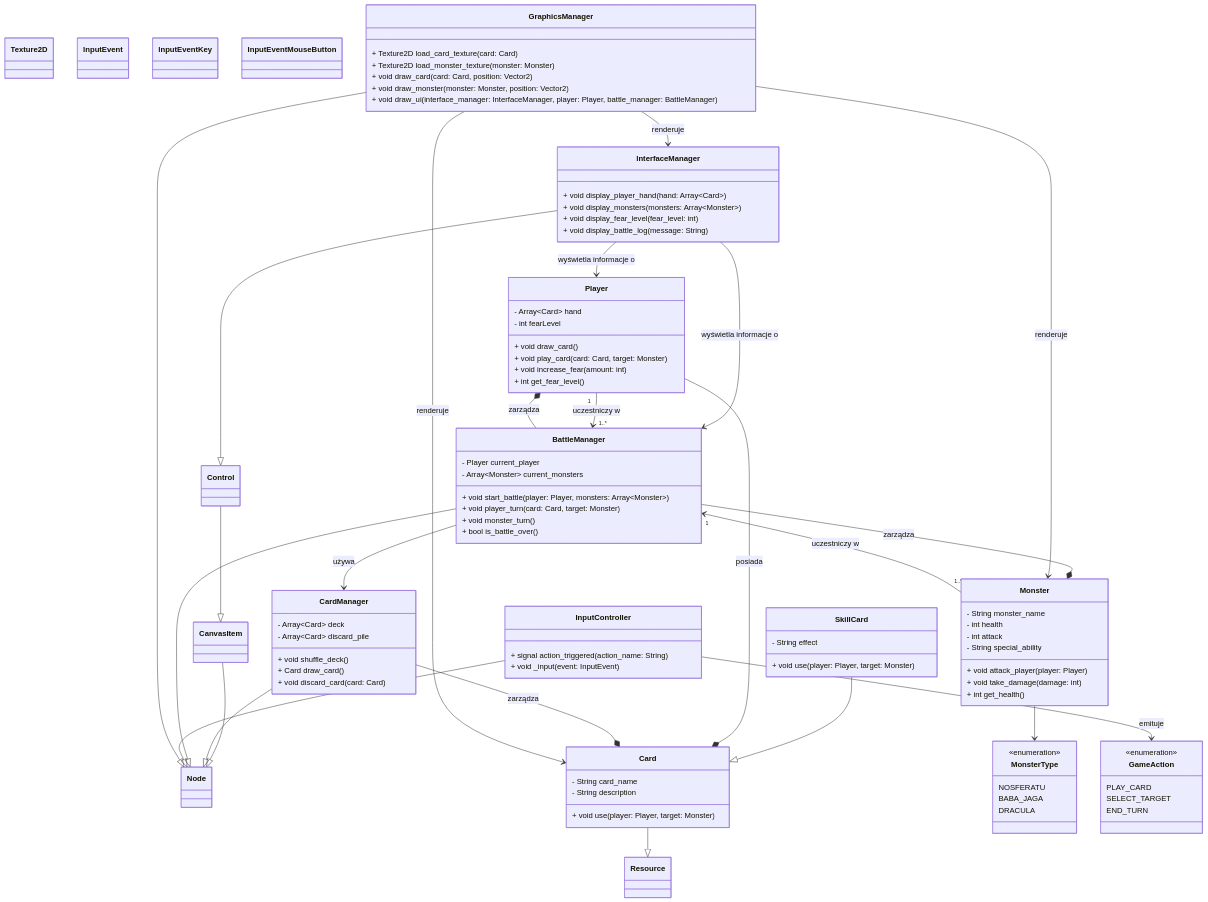
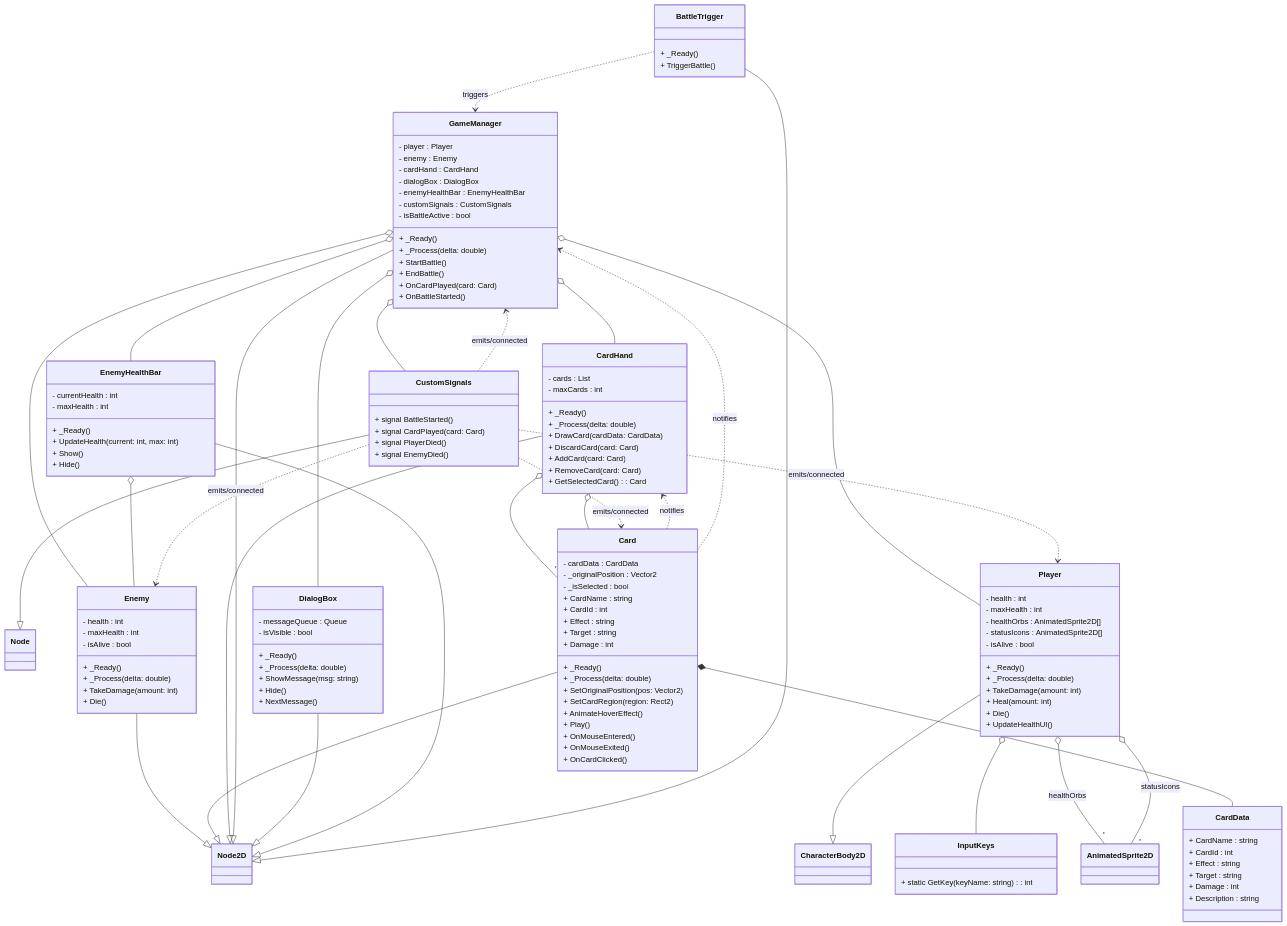
The diagram in README.md (patczyzewski/karciana-gra-rpg), drawn with Mermaid before and after one commit. The commit also changed other lines of this file, not shown here.

Commit message:
Update README.md
Aktualizacja Diagramu UML
Dodanie wątku Paradygmatu Obiektowego

````diff
--- a/README.md
+++ b/README.md
@@ -61,119 +113,175 @@
 ```mermaid
 classDiagram
-%% --- Bazowe klasy Godot ---
-class Node
-class CanvasItem
-CanvasItem --|> Node
-class Control
-Control --|> CanvasItem
-class Texture2D
-class InputEvent
-class InputEventKey
-class InputEventMouseButton
-class Resource
+    %% Godot base classes for context
+    class Node2D
+    class Node
+    class CharacterBody2D
 
-%% --- Komponenty gry ---
-class Player {
-  - Array~Card~ hand
-  - int fearLevel
-  + void draw_card()
-  + void play_card(card: Card, target: Monster)
-  + void increase_fear(amount: int)
-  + int get_fear_level()
-}
+    %% GameManager
+    class GameManager {
+        - player : Player
+        - enemy : Enemy
+        - cardHand : CardHand
+        - dialogBox : DialogBox
+        - enemyHealthBar : EnemyHealthBar
+        - customSignals : CustomSignals
+        - isBattleActive : bool
+        + _Ready()
+        + _Process(delta: double)
+        + StartBattle()
+        + EndBattle()
+        + OnCardPlayed(card: Card)
+        + OnBattleStarted()
+    }
 
-class Card {
-  - String card_name
-  - String description
-  + void use(player: Player, target: Monster)
-}
-Card --|> Resource
+    %% Player
+    class Player {
+        - health : int
+        - maxHealth : int
+        - healthOrbs : AnimatedSprite2D[]
+        - statusIcons : AnimatedSprite2D[]
+        - isAlive : bool
+        + _Ready()
+        + _Process(delta: double)
+        + TakeDamage(amount: int)
+        + Heal(amount: int)
+        + Die()
+        + UpdateHealthUI()
+    }
 
-class SkillCard {
-  - String effect
-  + void use(player: Player, target: Monster)
-}
-SkillCard --|> Card
+    %% Enemy
+    class Enemy {
+        - health : int
+        - maxHealth : int
+        - isAlive : bool
+        + _Ready()
+        + _Process(delta: double)
+        + TakeDamage(amount: int)
+        + Die()
+    }
 
-class Monster {
-  - String monster_name
-  - int health
-  - int attack
-  - String special_ability
-  + void attack_player(player: Player)
-  + void take_damage(damage: int)
-  + int get_health()
-}
+    %% CardHand
+    class CardHand {
+        - cards : List<Card>
+        - maxCards : int
+        + _Ready()
+        + _Process(delta: double)
+        + DrawCard(cardData: CardData)
+        + DiscardCard(card: Card)
+        + AddCard(card: Card)
+        + RemoveCard(card: Card)
+        + GetSelectedCard() : Card
+    }
 
-class MonsterType {
-  <<enumeration>>
-  NOSFERATU
-  BABA_JAGA
-  DRACULA
-}
+    %% Card
+    class Card {
+        - cardData : CardData
+        - _originalPosition : Vector2
+        - _isSelected : bool
+        + CardName : string
+        + CardId : int
+        + Effect : string
+        + Target : string
+        + Damage : int
+        + _Ready()
+        + _Process(delta: double)
+        + SetOriginalPosition(pos: Vector2)
+        + SetCardRegion(region: Rect2)
+        + AnimateHoverEffect()
+        + Play()
+        + OnMouseEntered()
+        + OnMouseExited()
+        + OnCardClicked()
+    }
 
-class CardManager {
-  - Array~Card~ deck
-  - Array~Card~ discard_pile
-  + void shuffle_deck()
-  + Card draw_card()
-  + void discard_card(card: Card)
-}
-CardManager --|> Node
+    %% CardData
+    class CardData {
+        + CardName : string
+        + CardId : int
+        + Effect : string
+        + Target : string
+        + Damage : int
+        + Description : string
+    }
 
-class BattleManager {
-  - Player current_player
-  - Array~Monster~ current_monsters
-  + void start_battle(player: Player, monsters: Array~Monster~)
-  + void player_turn(card: Card, target: Monster)
-  + void monster_turn()
-  + bool is_battle_over()
-}
-BattleManager --|> Node
+    %% DialogBox
+    class DialogBox {
+        - messageQueue : Queue<string>
+        - isVisible : bool
+        + _Ready()
+        + _Process(delta: double)
+        + ShowMessage(msg: string)
+        + Hide()
+        + NextMessage()
+    }
 
-class InterfaceManager {
-  + void display_player_hand(hand: Array~Card~)
-  + void display_monsters(monsters: Array~Monster~)
-  + void display_fear_level(fear_level: int)
-  + void display_battle_log(message: String)
-}
-InterfaceManager --|> Control
+    %% EnemyHealthBar
+    class EnemyHealthBar {
+        - currentHealth : int
+        - maxHealth : int
+        + _Ready()
+        + UpdateHealth(current: int, max: int)
+        + Show()
+        + Hide()
+    }
 
-class InputController {
-  + signal action_triggered(action_name: String)
-  + void _input(event: InputEvent)
-}
-InputController --|> Node
+    %% CustomSignals
+    class CustomSignals {
+        + signal BattleStarted()
+        + signal CardPlayed(card: Card)
+        + signal PlayerDied()
+        + signal EnemyDied()
+    }
 
-class GameAction {
-  <<enumeration>>
-  PLAY_CARD
-  SELECT_TARGET
-  END_TURN
-}
+    %% BattleTrigger
+    class BattleTrigger {
+        + _Ready()
+        + TriggerBattle()
+    }
 
-class GraphicsManager {
-  + Texture2D load_card_texture(card: Card)
-  + Texture2D load_monster_texture(monster: Monster)
-  + void draw_card(card: Card, position: Vector2)
-  + void draw_monster(monster: Monster, position: Vector2)
-  + void draw_ui(interface_manager: InterfaceManager, player: Player, battle_manager: BattleManager)
-}
-GraphicsManager --|> Node
+    %% InputKeys
+    class InputKeys {
+        + static GetKey(keyName: string) : int
+    }
 
-%% --- Relacje pomiędzy klasami ---
-Player --* Card : posiada
-CardManager --* Card : zarządza
-BattleManager --* Player : zarządza
-BattleManager --* Monster : zarządza
-BattleManager --> CardManager : używa
-InterfaceManager --> Player : wyświetla informacje o
-InterfaceManager --> BattleManager : wyświetla informacje o
-InputController --> GameAction : emituje
-GraphicsManager --> Card : renderuje
-GraphicsManager --> Monster : renderuje
-GraphicsManager --> InterfaceManager : renderuje
-Player "1" --> "1..*" BattleManager : uczestniczy w
-Monster "1..*" --> "1" BattleManager : uczestniczy w
-Monster --> MonsterType
+    %% Additional/utility classes
+    class AnimatedSprite2D
+
+    %% Inheritance
+    Player --|> CharacterBody2D
+    Enemy --|> Node2D
+    Card --|> Node2D
+    CardHand --|> Node2D
+    GameManager --|> Node2D
+    DialogBox --|> Node2D
+    EnemyHealthBar --|> Node2D
+    CustomSignals --|> Node
+    BattleTrigger --|> Node2D
+
+    %% Composition/Association
+    Player o-- InputKeys
+    GameManager o-- Player
+    GameManager o-- Enemy
+    GameManager o-- CardHand
+    GameManager o-- DialogBox
+    GameManager o-- EnemyHealthBar
+    GameManager o-- CustomSignals
+
+    CardHand o-- "*" Card
+    Card *-- CardData
+
+    Player o-- "*" AnimatedSprite2D : healthOrbs
+    Player o-- "*" AnimatedSprite2D : statusIcons
+
+    CardHand o-- Card
+    EnemyHealthBar o-- Enemy
+
+    %% Signal/Event usage (dependencies)
+    CustomSignals ..> GameManager : emits/connected
+    CustomSignals ..> Card : emits/connected
+    CustomSignals ..> Player : emits/connected
+    CustomSignals ..> Enemy : emits/connected
+    Card ..> CardHand : notifies
+    Card ..> GameManager : notifies
+    BattleTrigger ..> GameManager : triggers
 ```
````
